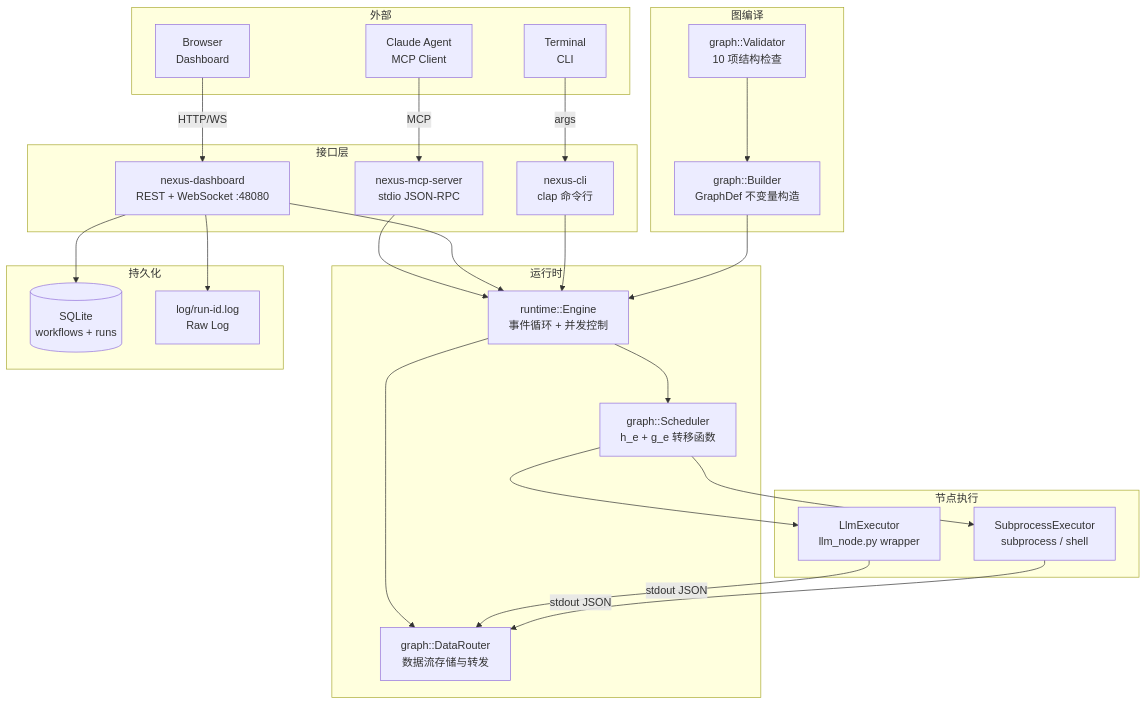
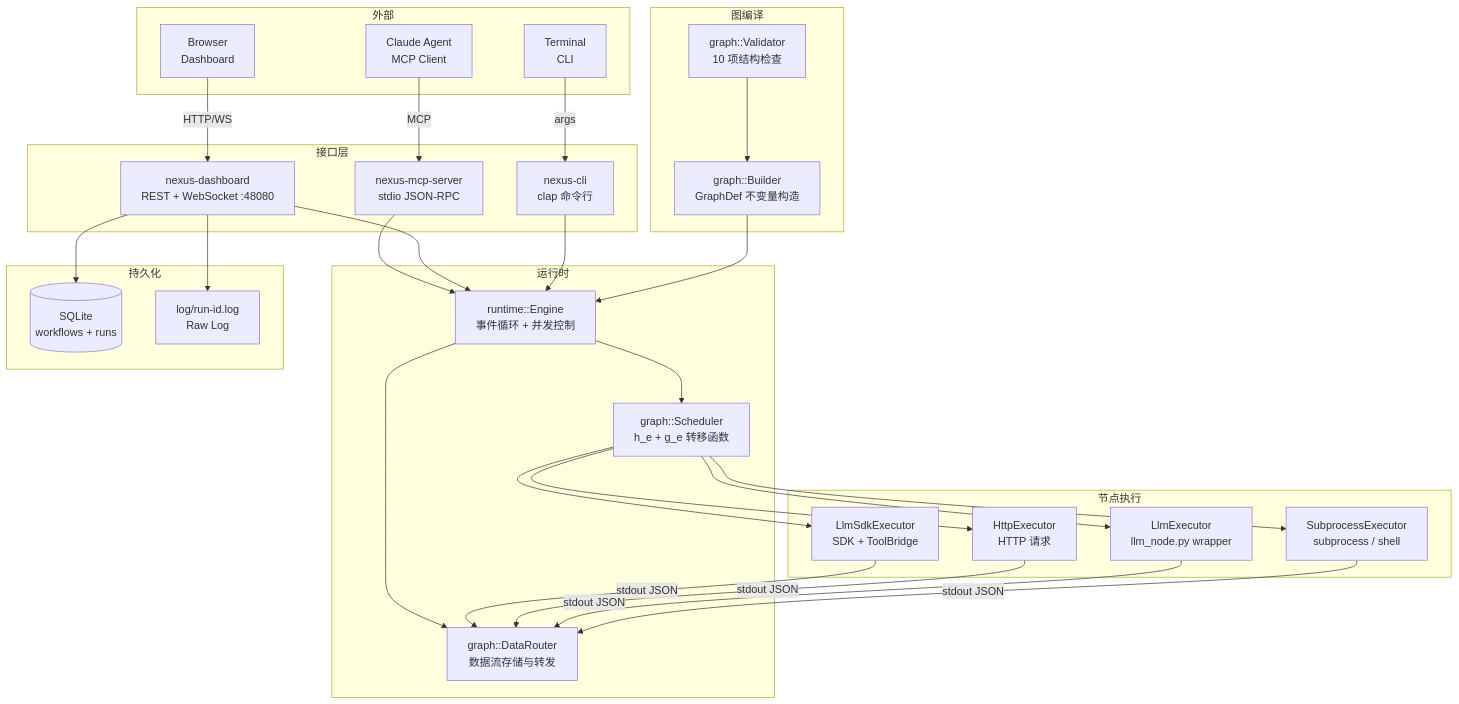
Before and after one commit to Asher0501/Nexus: the first of 3 diagrams in README.md, drawn with Mermaid. The commit also changed other lines of this file and 1 other file, not shown here.

Commit message:
docs: update README for v0.2.0 — HTTP Provider, ToolBridge, route_policy, sanitize

````diff
--- a/README.md
+++ b/README.md
@@ -16,56 +16,62 @@
 ```mermaid
 graph TB
     subgraph External["外部"]
         CC[Claude Agent<br/>MCP Client]
         Browser[Browser<br/>Dashboard]
         Terminal[Terminal<br/>CLI]
     end
 
     subgraph Interface["接口层"]
         MCP[nexus-mcp-server<br/>stdio JSON-RPC]
         DASH[nexus-dashboard<br/>REST + WebSocket :48080]
         CLI[nexus-cli<br/>clap 命令行]
     end
 
     subgraph Runtime["运行时"]
         ENGINE[runtime::Engine<br/>事件循环 + 并发控制]
         SCHED[graph::Scheduler<br/>h_e + g_e 转移函数]
         ROUTER[graph::DataRouter<br/>数据流存储与转发]
     end
 
     subgraph Graph["图编译"]
         VALIDATOR[graph::Validator<br/>10 项结构检查]
         BUILDER[graph::Builder<br/>GraphDef 不变量构造]
     end
 
     subgraph Exec["节点执行"]
+        HTTP[HttpExecutor<br/>HTTP 请求]
+        LLM_SDK[LlmSdkExecutor<br/>SDK + ToolBridge]
         LLM[LlmExecutor<br/>llm_node.py wrapper]
         SUB[SubprocessExecutor<br/>subprocess / shell]
     end
 
     subgraph Store["持久化"]
         SQLITE[(SQLite<br/>workflows + runs)]
         LOG[log/run-id.log<br/>Raw Log]
     end
 
     CC -->|MCP| MCP
     Browser -->|HTTP/WS| DASH
     Terminal -->|args| CLI
 
     MCP --> ENGINE
     DASH --> ENGINE
     CLI --> ENGINE
 
     ENGINE --> SCHED
     ENGINE --> ROUTER
     VALIDATOR --> BUILDER
     BUILDER --> ENGINE
 
+    SCHED --> HTTP
+    SCHED --> LLM_SDK
     SCHED --> LLM
     SCHED --> SUB
+    LLM_SDK -->|stdout JSON| ROUTER
+    HTTP -->|stdout JSON| ROUTER
     LLM -->|stdout JSON| ROUTER
     SUB -->|stdout JSON| ROUTER
 
     DASH --> SQLITE
     DASH --> LOG
 ```
````
